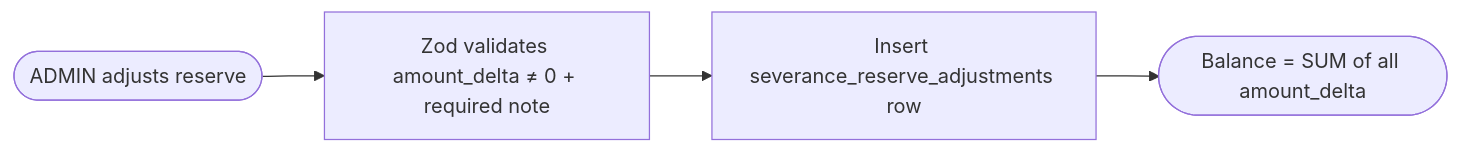
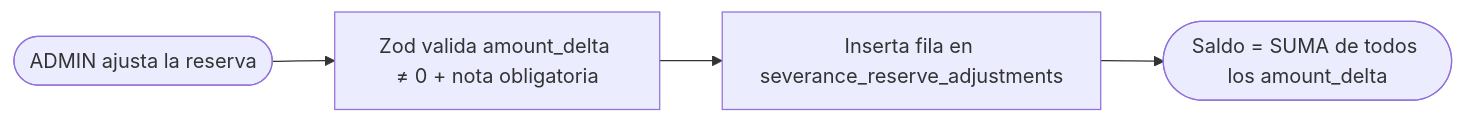
The eighth of 11 diagrams in docs/flows.md (Torfel0312/sistema_contable_pibt), drawn with Mermaid before and after one commit. The commit also changed other lines of this file and 11 other files, not shown here.

Commit message:
docs: refresh roles/permissions/auth docs and translate diagrams to Spanish (#83)

````diff
--- a/docs/flows.md
+++ b/docs/flows.md
@@ -197,6 +201,6 @@
 ```mermaid
 flowchart LR
-    A([ADMIN adjusts reserve]) --> B[Zod validates amount_delta ≠ 0 + required note]
-    B --> C[Insert severance_reserve_adjustments row]
-    C --> D([Balance = SUM of all amount_delta])
+    A(["ADMIN ajusta la reserva"]) --> B["Zod valida amount_delta ≠ 0 + nota obligatoria"]
+    B --> C[Inserta fila en severance_reserve_adjustments]
+    C --> D(["Saldo = SUMA de todos los amount_delta"])
 ```
````
